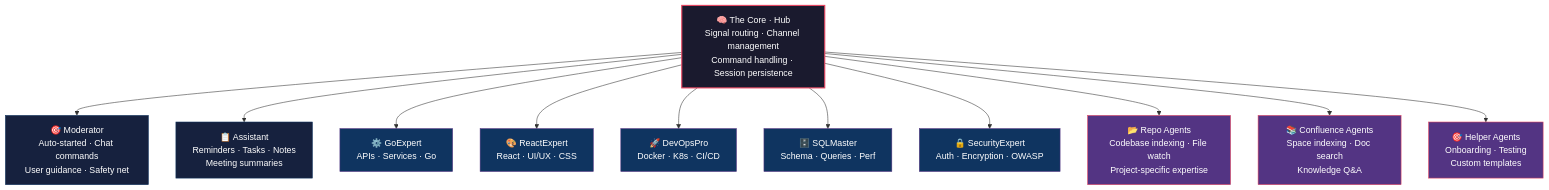
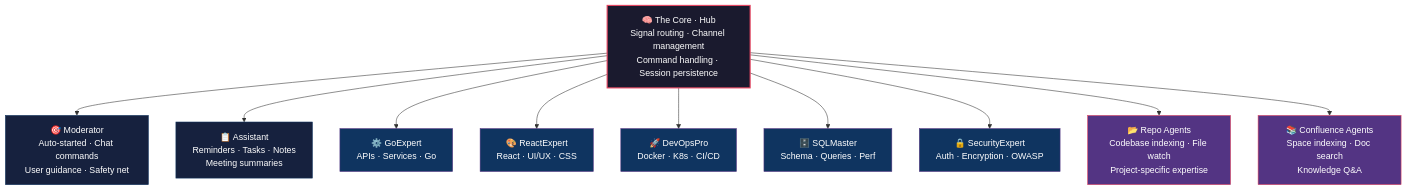
Before and after one commit to camronwood/neural-junkie: the diagram in README.md, drawn with Mermaid. The commit also changed other lines of this file and 81 other files, not shown here.

````diff
--- a/README.md
+++ b/README.md
@@ -23,29 +23,27 @@
 ```mermaid
 graph TB
     Core[🧠 The Core · Hub<br/>Signal routing · Channel management<br/>Command handling · Session persistence]
 
     Core --> Moderator[🎯 Moderator<br/>Auto-started · Chat commands<br/>User guidance · Safety net]
     Core --> Assistant[📋 Assistant<br/>Reminders · Tasks · Notes<br/>Meeting summaries]
 
     Core --> GoExpert[⚙️ GoExpert<br/>APIs · Services · Go]
     Core --> ReactExpert[🎨 ReactExpert<br/>React · UI/UX · CSS]
     Core --> DevOpsPro[🚀 DevOpsPro<br/>Docker · K8s · CI/CD]
     Core --> SQLMaster[🗄️ SQLMaster<br/>Schema · Queries · Perf]
     Core --> SecurityExpert[🔒 SecurityExpert<br/>Auth · Encryption · OWASP]
 
     Core --> RepoAgents[📂 Repo Agents<br/>Codebase indexing · File watch<br/>Project-specific expertise]
     Core --> ConfluenceAgents[📚 Confluence Agents<br/>Space indexing · Doc search<br/>Knowledge Q&A]
-    Core --> HelperAgents[🎯 Helper Agents<br/>Onboarding · Testing<br/>Custom templates]
 
     style Core fill:#1a1a2e,stroke:#e94560,color:#fff,stroke-width:2px
     style Moderator fill:#16213e,stroke:#0f3460,color:#fff
     style Assistant fill:#16213e,stroke:#0f3460,color:#fff
     style GoExpert fill:#0f3460,stroke:#533483,color:#fff
     style ReactExpert fill:#0f3460,stroke:#533483,color:#fff
     style DevOpsPro fill:#0f3460,stroke:#533483,color:#fff
     style SQLMaster fill:#0f3460,stroke:#533483,color:#fff
     style SecurityExpert fill:#0f3460,stroke:#533483,color:#fff
     style RepoAgents fill:#533483,stroke:#e94560,color:#fff
     style ConfluenceAgents fill:#533483,stroke:#e94560,color:#fff
-    style HelperAgents fill:#533483,stroke:#e94560,color:#fff
 ```
````
